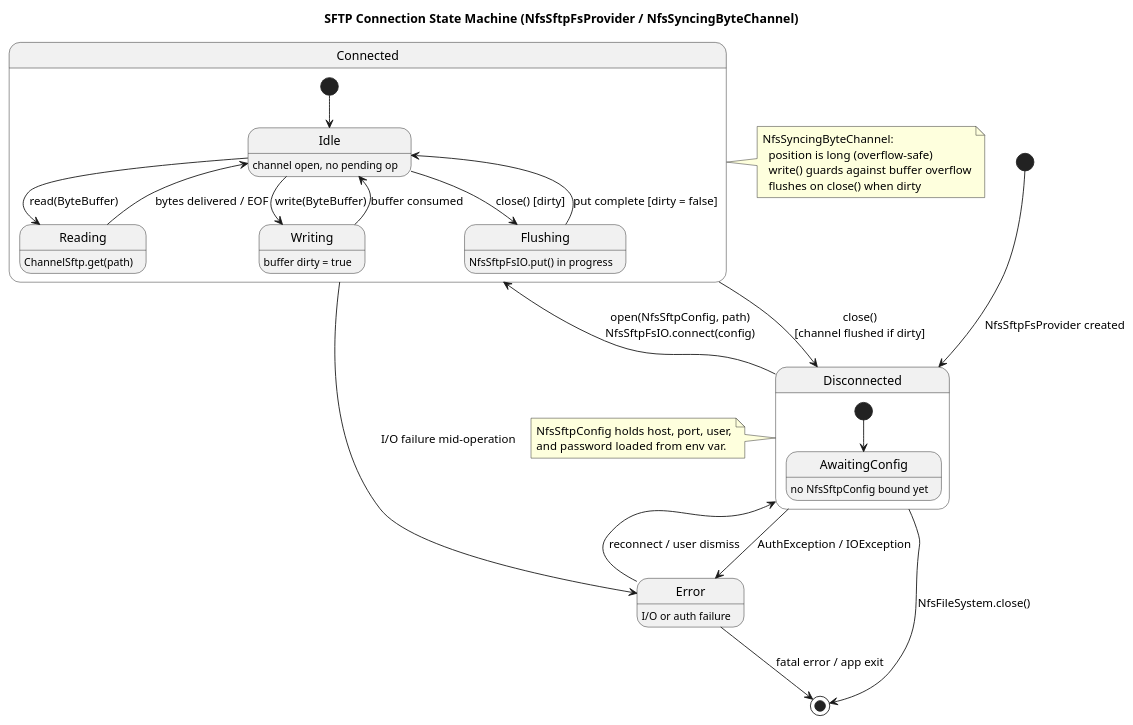
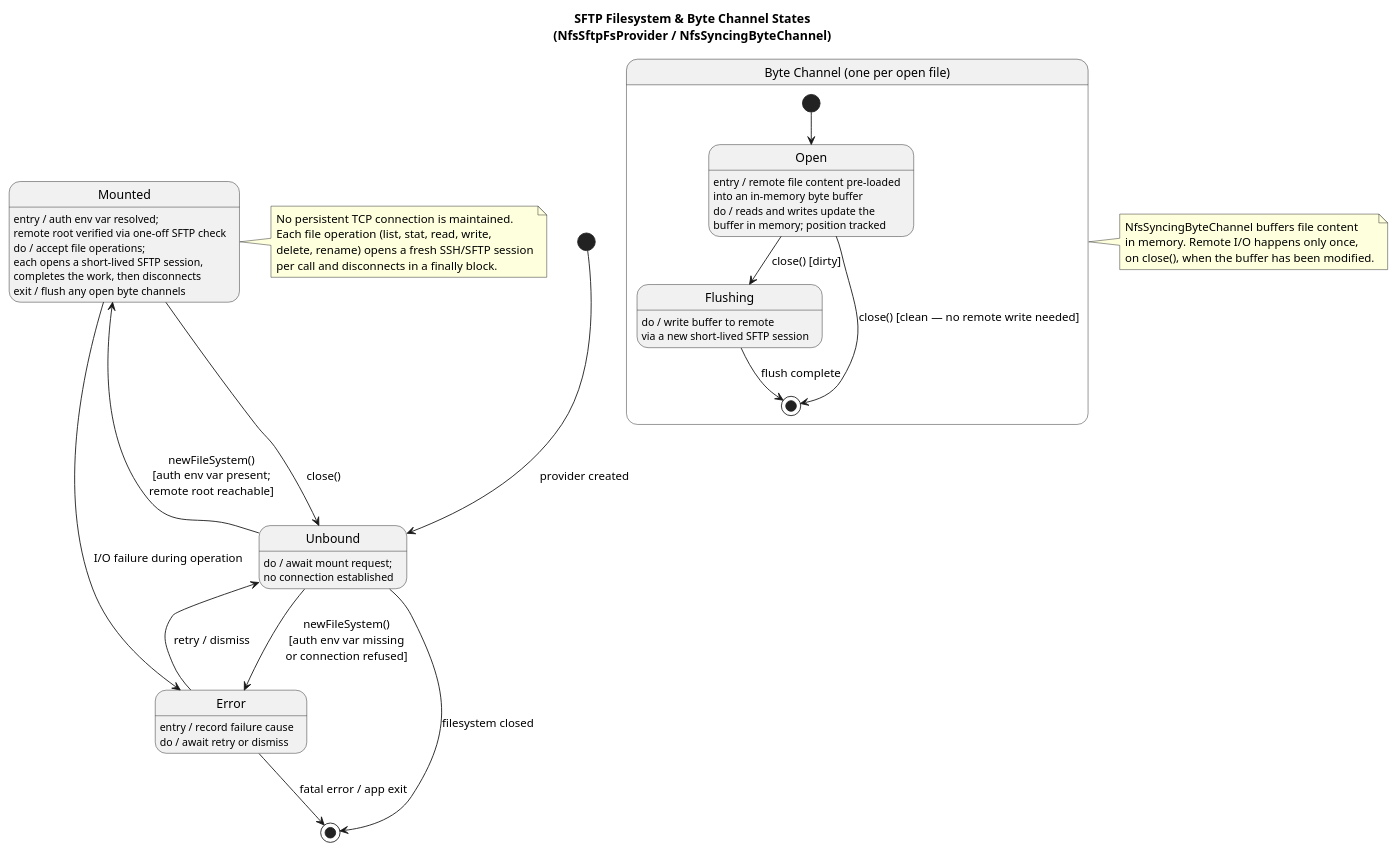
Before and after one commit to nikhilr612/weefs: the diagram in docs/state-diagram-sftp-connection.puml, drawn with PlantUML. The commit also changed 7 other files, not shown here.

Commit message:
Modify activity diagrams and state diagrams.

```diff
--- a/docs/state-diagram-sftp-connection.puml
+++ b/docs/state-diagram-sftp-connection.puml
@@ -1,51 +1,51 @@
 @startuml
-title SFTP Connection State Machine (NfsSftpFsProvider / NfsSyncingByteChannel)
+title SFTP Filesystem & Byte Channel States\n(NfsSftpFsProvider / NfsSyncingByteChannel)
 
-[*] --> Disconnected : NfsSftpFsProvider created
+[*] --> Unbound : provider created
 
-state Disconnected {
-  [*] --> AwaitingConfig
-  AwaitingConfig : no NfsSftpConfig bound yet
+state Unbound {
+  Unbound : do / await mount request;\nno connection established
 }
 
-state Connected {
-  [*] --> Idle
-  Idle     : channel open, no pending op
-  Reading  : ChannelSftp.get(path)
-  Writing  : buffer dirty = true
-  Flushing : NfsSftpFsIO.put() in progress
-
-  Idle    --> Reading  : read(ByteBuffer)
-  Reading --> Idle     : bytes delivered / EOF
-  Idle    --> Writing  : write(ByteBuffer)
-  Writing --> Idle     : buffer consumed
-  Idle    --> Flushing : close() [dirty]
-  Flushing --> Idle    : put complete [dirty = false]
+state Mounted {
+  Mounted : entry / auth env var resolved;\nremote root verified via one-off SFTP check
+  Mounted : do / accept file operations;\neach opens a short-lived SFTP session,\ncompletes the work, then disconnects
+  Mounted : exit / flush any open byte channels
 }
 
 state Error {
-  Error : I/O or auth failure
+  Error : entry / record failure cause
+  Error : do / await retry or dismiss
 }
 
-Disconnected --> Connected     : open(NfsSftpConfig, path)\nNfsSftpFsIO.connect(config)
-Disconnected --> Error         : AuthException / IOException
+Unbound --> Mounted : newFileSystem()\n[auth env var present;\nremote root reachable]
+Unbound --> Error   : newFileSystem()\n[auth env var missing\nor connection refused]
+Mounted --> Unbound : close()
+Mounted --> Error   : I/O failure during operation
+Error   --> Unbound : retry / dismiss
+Error   --> [*]     : fatal error / app exit
+Unbound --> [*]     : filesystem closed
 
-Connected    --> Disconnected  : close()\n[channel flushed if dirty]
-Connected    --> Error         : I/O failure mid-operation
-
-Error        --> Disconnected  : reconnect / user dismiss
-Disconnected --> [*]           : NfsFileSystem.close()
-Error        --> [*]           : fatal error / app exit
-
-note right of Connected
-  NfsSyncingByteChannel:
-    position is long (overflow-safe)
-    write() guards against buffer overflow
-    flushes on close() when dirty
+note right of Mounted
+  No persistent TCP connection is maintained.
+  Each file operation (list, stat, read, write,
+  delete, rename) opens a fresh SSH/SFTP session
+  per call and disconnects in a finally block.
 end note
 
-note left of Disconnected
-  NfsSftpConfig holds host, port, user,
-  and password loaded from env var.
+state "Byte Channel (one per open file)" as BC {
+  [*] --> Open
+  Open : entry / remote file content pre-loaded\ninto an in-memory byte buffer
+  Open : do / reads and writes update the\nbuffer in memory; position tracked
+  Open --> Flushing : close() [dirty]
+  Open --> [*]      : close() [clean — no remote write needed]
+  Flushing : do / write buffer to remote\nvia a new short-lived SFTP session
+  Flushing --> [*]  : flush complete
+}
+
+note right of BC
+  NfsSyncingByteChannel buffers file content
+  in memory. Remote I/O happens only once,
+  on close(), when the buffer has been modified.
 end note
 @enduml
```
